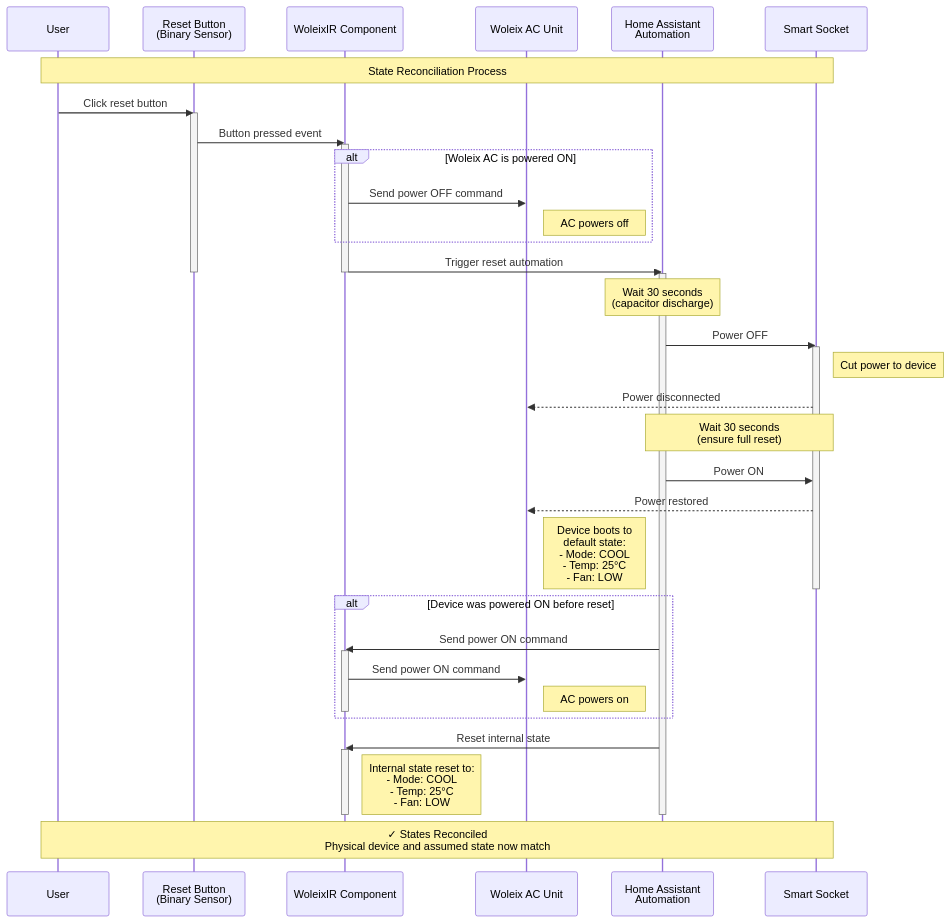
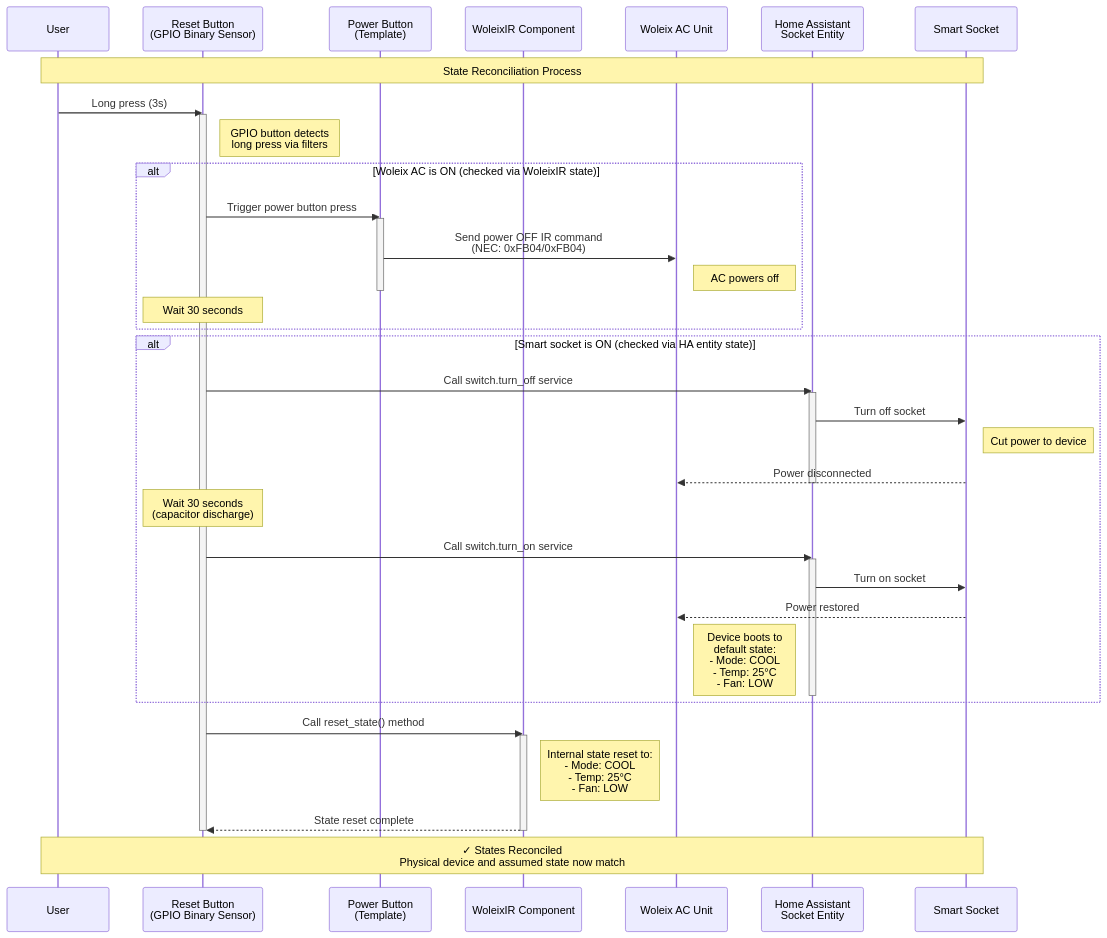
Before and after one commit to ok11/esphome-external-components: the second of 2 diagrams in README.md, drawn with Mermaid. The commit also changed other lines of this file and 25 other files, not shown here.

````diff
--- a/README.md
+++ b/README.md
@@ -364,55 +377,51 @@
 ```mermaid
 sequenceDiagram
     participant User
-    participant ResetButton as Reset Button<br/>(Binary Sensor)
+    participant ResetButton as Reset Button<br/>(GPIO Binary Sensor)
+    participant PowerButton as Power Button<br/>(Template)
     participant WoleixIR as WoleixIR Component
     participant Woleix as Woleix AC Unit
-    participant HA as Home Assistant<br/>Automation
+    participant HASocket as Home Assistant<br/>Socket Entity
     participant SmartSocket as Smart Socket
 
     Note over User,SmartSocket: State Reconciliation Process
 
-    User->>ResetButton: Click reset button
+    User->>ResetButton: Long press (3s)
     activate ResetButton
-    ResetButton->>WoleixIR: Button pressed event
-    activate WoleixIR
+    Note right of ResetButton: GPIO button detects<br/>long press via filters
     
-    alt Woleix AC is powered ON
-        WoleixIR->>Woleix: Send power OFF command
+    alt Woleix AC is ON (checked via WoleixIR state)
+        ResetButton->>PowerButton: Trigger power button press
+        activate PowerButton
+        PowerButton->>Woleix: Send power OFF IR command<br/>(NEC: 0xFB04/0xFB04)
         Note right of Woleix: AC powers off
+        deactivate PowerButton
+        Note over ResetButton: Wait 30 seconds
     end
     
-    WoleixIR->>HA: Trigger reset automation
+    alt Smart socket is ON (checked via HA entity state)
+        ResetButton->>HASocket: Call switch.turn_off service
+        activate HASocket
+        HASocket->>SmartSocket: Turn off socket
+        Note right of SmartSocket: Cut power to device
+        SmartSocket-->>Woleix: Power disconnected
+        deactivate HASocket
+        Note over ResetButton: Wait 30 seconds<br/>(capacitor discharge)
+        
+        ResetButton->>HASocket: Call switch.turn_on service
+        activate HASocket
+        HASocket->>SmartSocket: Turn on socket
+        SmartSocket-->>Woleix: Power restored
+        Note right of Woleix: Device boots to<br/>default state:<br/>- Mode: COOL<br/>- Temp: 25°C<br/>- Fan: LOW
+        deactivate HASocket
+    end
+    
+    ResetButton->>WoleixIR: Call reset_state() method
+    activate WoleixIR
+    Note right of WoleixIR: Internal state reset to:<br/>- Mode: COOL<br/>- Temp: 25°C<br/>- Fan: LOW
+    WoleixIR-->>ResetButton: State reset complete
     deactivate WoleixIR
     deactivate ResetButton
     
-    activate HA
-    Note over HA: Wait 30 seconds<br/>(capacitor discharge)
-    HA->>SmartSocket: Power OFF
-    activate SmartSocket
-    Note right of SmartSocket: Cut power to device
-    SmartSocket-->>Woleix: Power disconnected
-    
-    Note over HA,SmartSocket: Wait 30 seconds<br/>(ensure full reset)
-    
-    HA->>SmartSocket: Power ON
-    SmartSocket-->>Woleix: Power restored
-    Note right of Woleix: Device boots to<br/>default state:<br/>- Mode: COOL<br/>- Temp: 25°C<br/>- Fan: LOW
-    deactivate SmartSocket
-    
-    alt Device was powered ON before reset
-        HA->>WoleixIR: Send power ON command
-        activate WoleixIR
-        WoleixIR->>Woleix: Send power ON command
-        Note right of Woleix: AC powers on
-        deactivate WoleixIR
-    end
-    
-    HA->>WoleixIR: Reset internal state
-    activate WoleixIR
-    Note right of WoleixIR: Internal state reset to:<br/>- Mode: COOL<br/>- Temp: 25°C<br/>- Fan: LOW
-    deactivate WoleixIR
-    deactivate HA
-    
     Note over User,SmartSocket: ✓ States Reconciled<br/>Physical device and assumed state now match
 ```
````
